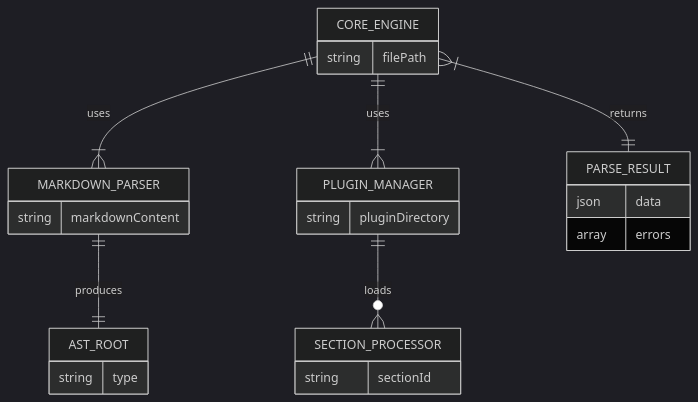
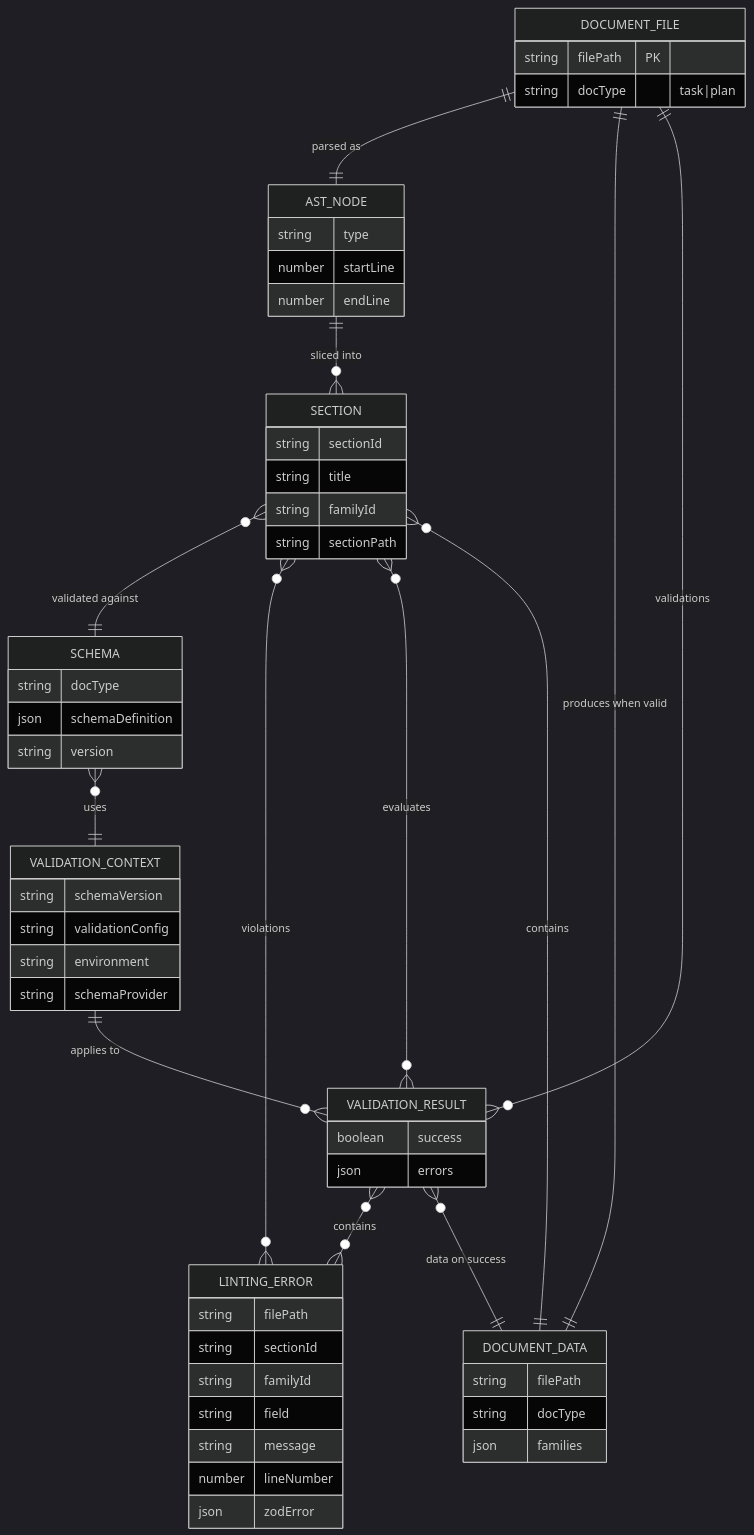
One commit to livelifelively/documentation-driven-development-tools changed the first of 4 diagrams in docs/requirements/p1.p5.t18-core-engine-parser.task.md. Above: the diagram before and after it, drawn with Mermaid (dark theme). The commit also changed other lines of this file and 9 other files, not shown here.

````diff
--- a/docs/requirements/p1.p5.t18-core-engine-parser.task.md
+++ b/docs/requirements/p1.p5.t18-core-engine-parser.task.md
@@ -62,28 +67,68 @@
 ```mermaid
 erDiagram
-    CORE_ENGINE {
-        string filePath
-    }
-    MARKDOWN_PARSER {
-        string markdownContent
-    }
-    PLUGIN_MANAGER {
-        string pluginDirectory
-    }
-    SECTION_PROCESSOR {
-        string sectionId
-    }
-    AST_ROOT {
-        string type
-    }
-    PARSE_RESULT {
-        json data
-        array errors
+    DOCUMENT_FILE {
+        string filePath PK
+        string docType "task|plan"
     }
 
-    CORE_ENGINE ||--|{ MARKDOWN_PARSER : "uses"
-    CORE_ENGINE ||--|{ PLUGIN_MANAGER : "uses"
-    PLUGIN_MANAGER ||--o{ SECTION_PROCESSOR : "loads"
-    MARKDOWN_PARSER ||--|| AST_ROOT : "produces"
-    CORE_ENGINE }|--|| PARSE_RESULT : "returns"
+    AST_NODE {
+        string type
+        number startLine
+        number endLine
+    }
+
+    SECTION {
+        string sectionId
+        string title
+        string familyId
+        string sectionPath
+    }
+
+    SCHEMA {
+        string docType
+        json schemaDefinition
+        string version
+    }
+
+    VALIDATION_CONTEXT {
+        string schemaVersion
+        string validationConfig
+        string environment
+        string schemaProvider
+    }
+
+    VALIDATION_RESULT {
+        boolean success
+        json errors
+    }
+
+    LINTING_ERROR {
+        string filePath
+        string sectionId
+        string familyId
+        string field
+        string message
+        number lineNumber
+        json zodError
+    }
+
+    DOCUMENT_DATA {
+        string filePath
+        string docType
+        json families
+    }
+
+    DOCUMENT_FILE ||--|| AST_NODE : "parsed as"
+    AST_NODE ||--o{ SECTION : "sliced into"
+    SECTION }o--|| SCHEMA : "validated against"
+    SECTION }o--o{ LINTING_ERROR : "violations"
+    SCHEMA }o--|| VALIDATION_CONTEXT : "uses"
+    DOCUMENT_FILE ||--|| DOCUMENT_DATA : "produces when valid"
+    DOCUMENT_DATA ||--o{ SECTION : "contains"
+
+    VALIDATION_CONTEXT ||--o{ VALIDATION_RESULT : "applies to"
+    DOCUMENT_FILE ||--o{ VALIDATION_RESULT : "validations"
+    VALIDATION_RESULT }o--o{ LINTING_ERROR : "contains"
+    VALIDATION_RESULT }o--o{ SECTION : "evaluates"
+    VALIDATION_RESULT }o--|| DOCUMENT_DATA : "data on success"
 ```
````
